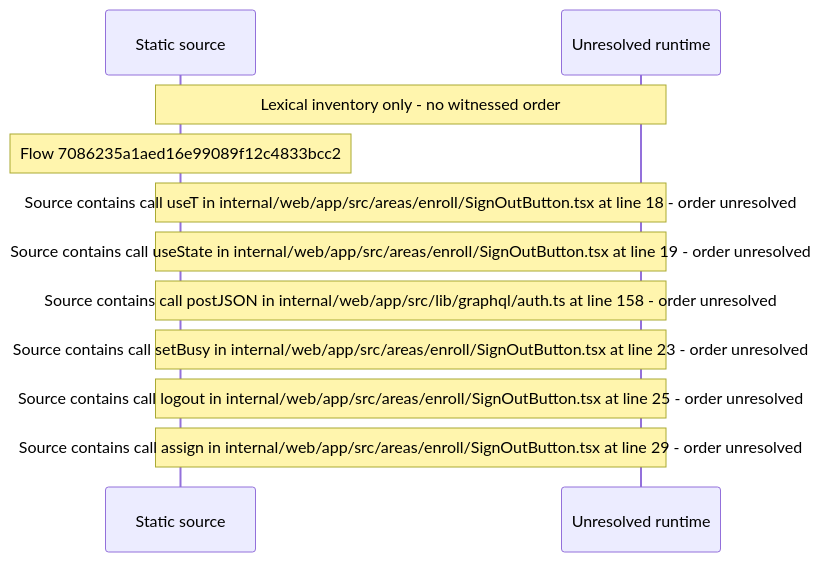
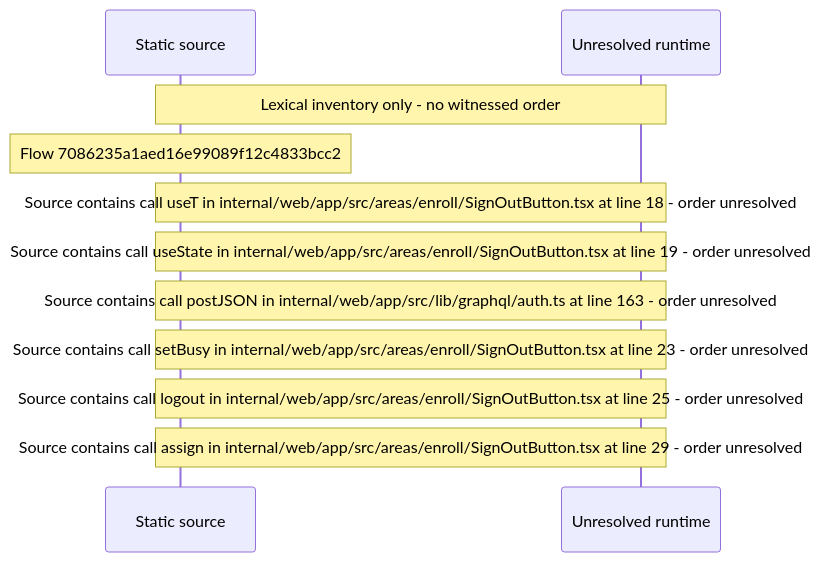
Before and after one commit to beamfall/core: the diagram in docs/web/flows/generated/7086235a1aed16e99089f12c4833bcc2/flow-diagram.md, drawn with Mermaid. The commit also changed other lines of this file and 715 other files, not shown here.

First line of the commit message:
Regenerate the web flow record on main after CORE-1117

````diff
--- a/docs/web/flows/generated/7086235a1aed16e99089f12c4833bcc2/flow-diagram.md
+++ b/docs/web/flows/generated/7086235a1aed16e99089f12c4833bcc2/flow-diagram.md
@@ -10,13 +10,13 @@
 ```mermaid
 sequenceDiagram
     participant S as Static source
     participant U as Unresolved runtime
     Note over S,U: Lexical inventory only - no witnessed order
     Note over S: Flow 7086235a1aed16e99089f12c4833bcc2
     Note over S,U: Source contains call useT in internal/web/app/src/areas/enroll/SignOutButton.tsx at line 18 - order unresolved
     Note over S,U: Source contains call useState in internal/web/app/src/areas/enroll/SignOutButton.tsx at line 19 - order unresolved
-    Note over S,U: Source contains call postJSON in internal/web/app/src/lib/graphql/auth.ts at line 158 - order unresolved
+    Note over S,U: Source contains call postJSON in internal/web/app/src/lib/graphql/auth.ts at line 163 - order unresolved
     Note over S,U: Source contains call setBusy in internal/web/app/src/areas/enroll/SignOutButton.tsx at line 23 - order unresolved
     Note over S,U: Source contains call logout in internal/web/app/src/areas/enroll/SignOutButton.tsx at line 25 - order unresolved
     Note over S,U: Source contains call assign in internal/web/app/src/areas/enroll/SignOutButton.tsx at line 29 - order unresolved
 ```
````
